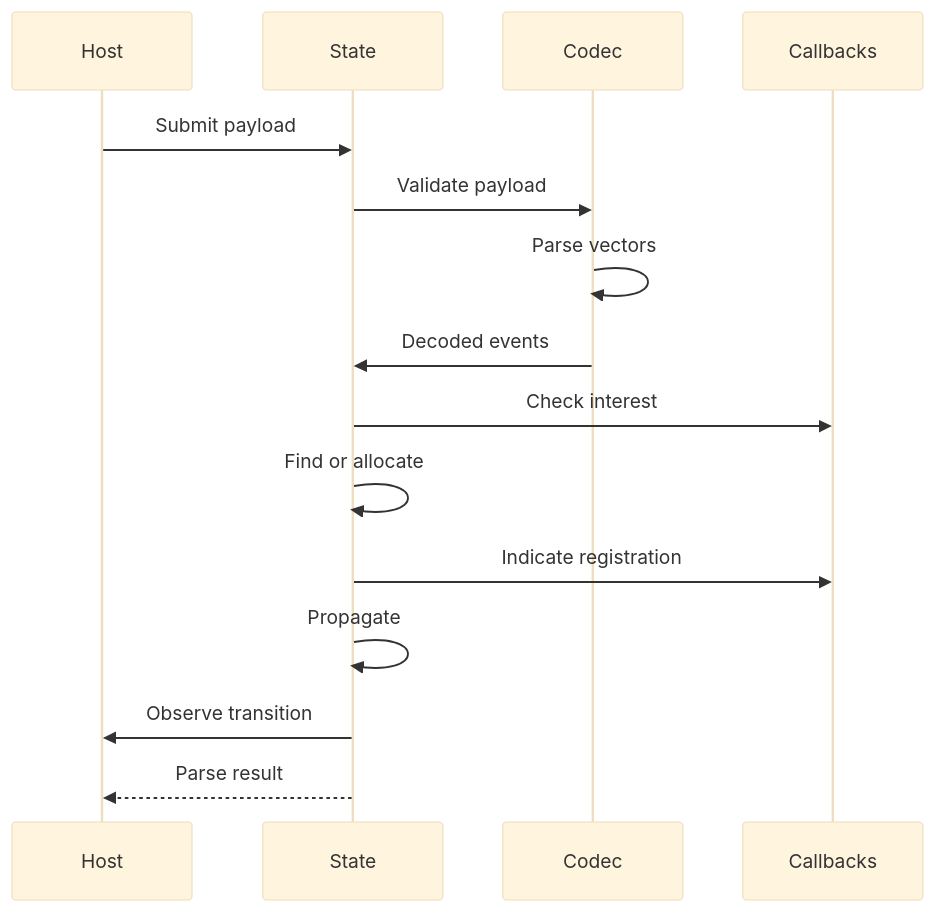
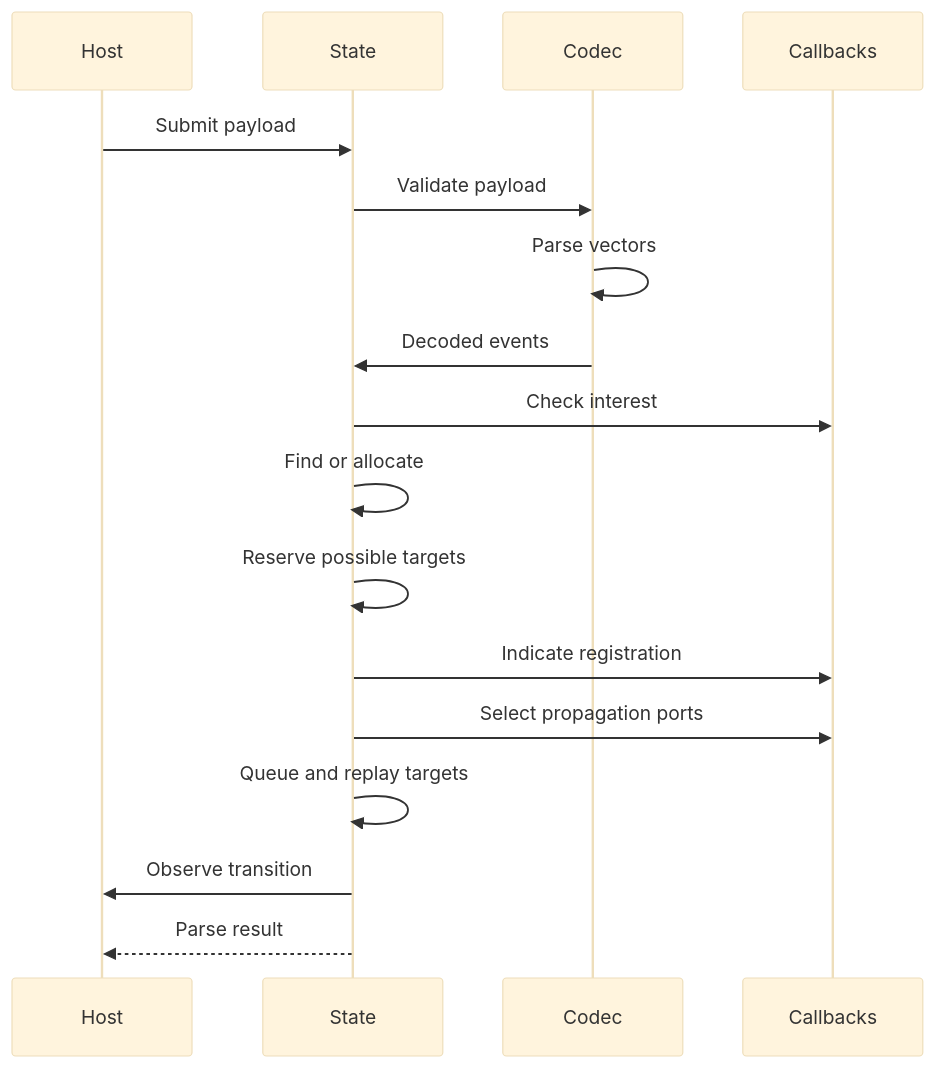
One commit to kebag-logic/lwSRP changed the third of 9 diagrams in doc/integrator.md. Above: the diagram before and after it, drawn with Mermaid (base theme). The commit also changed other lines of this file and 14 other files, not shown here.

```diff
--- a/doc/integrator.md
+++ b/doc/integrator.md
@@ -121,17 +121,19 @@
 ~~~mermaid
 sequenceDiagram
     participant Host
     participant Core as State
     participant Codec
     participant Policy as Callbacks
     Host->>Core: Submit payload
     Core->>Codec: Validate payload
     Codec->>Codec: Parse vectors
     Codec->>Core: Decoded events
     Core->>Policy: Check interest
     Core->>Core: Find or allocate
+    Core->>Core: Reserve possible targets
     Core->>Policy: Indicate registration
-    Core->>Core: Propagate
+    Core->>Policy: Select propagation ports
+    Core->>Core: Queue and replay targets
     Core->>Host: Observe transition
     Core-->>Host: Parse result
 ~~~
```
